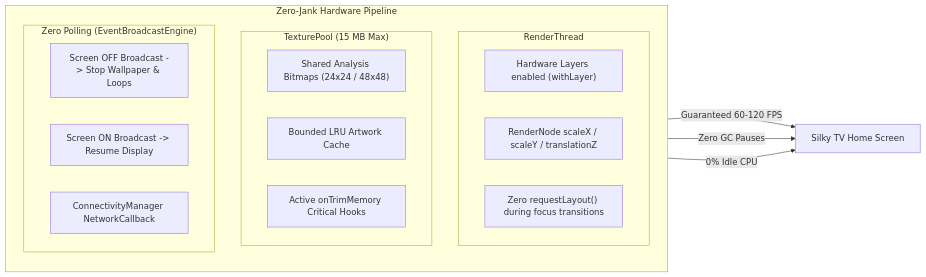
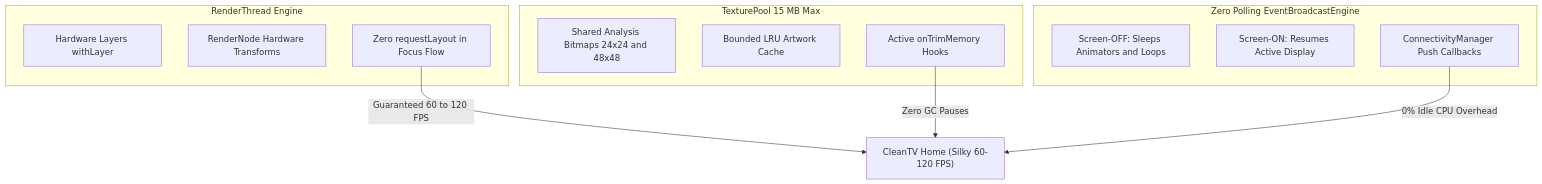
Before and after one commit to Rishisharma029/CleanTV-Home: the fifth of 6 diagrams in README.md, drawn with Mermaid. The commit also changed other lines of this file, not shown here.

Commit message:
fix(docs): resolve GitHub Mermaid parser error in zero-jank hardware pipeline diagram

````diff
--- a/README.md
+++ b/README.md
@@ -226,27 +226,24 @@
 ```mermaid
-flowchart LR
-    subgraph Pipeline["Zero-Jank Hardware Pipeline"]
-        direction TB
-        subgraph Render["RenderThread"]
-            A["Hardware Layers enabled (withLayer)"]
-            B["RenderNode scaleX / scaleY / translationZ"]
-            C["Zero requestLayout() during focus transitions"]
-        end
-
-        subgraph Memory["TexturePool (15 MB Max)"]
-            D["Shared Analysis Bitmaps (24x24 / 48x48)"]
-            E["Bounded LRU Artwork Cache"]
-            F["Active onTrimMemory Critical Hooks"]
-        end
-
-        subgraph Power["Zero Polling (EventBroadcastEngine)"]
-            G["Screen OFF Broadcast -> Stop Wallpaper & Loops"]
-            H["Screen ON Broadcast -> Resume Display"]
-            I["ConnectivityManager NetworkCallback"]
-        end
+flowchart TD
+    subgraph Render["RenderThread Engine"]
+        A["Hardware Layers withLayer"]
+        B["RenderNode Hardware Transforms"]
+        C["Zero requestLayout in Focus Flow"]
     end
 
-    Render -->|"Guaranteed 60-120 FPS"| TV["Silky TV Home Screen"]
-    Memory -->|"Zero GC Pauses"| TV
-    Power -->|"0% Idle CPU"| TV
+    subgraph Memory["TexturePool 15 MB Max"]
+        D["Shared Analysis Bitmaps 24x24 and 48x48"]
+        E["Bounded LRU Artwork Cache"]
+        F["Active onTrimMemory Hooks"]
+    end
+
+    subgraph Power["Zero Polling EventBroadcastEngine"]
+        G["Screen-OFF: Sleeps Animators and Loops"]
+        H["Screen-ON: Resumes Active Display"]
+        I["ConnectivityManager Push Callbacks"]
+    end
+
+    C -->|"Guaranteed 60 to 120 FPS"| TV["CleanTV Home (Silky 60-120 FPS)"]
+    F -->|"Zero GC Pauses"| TV
+    I -->|"0% Idle CPU Overhead"| TV
 ```
````
